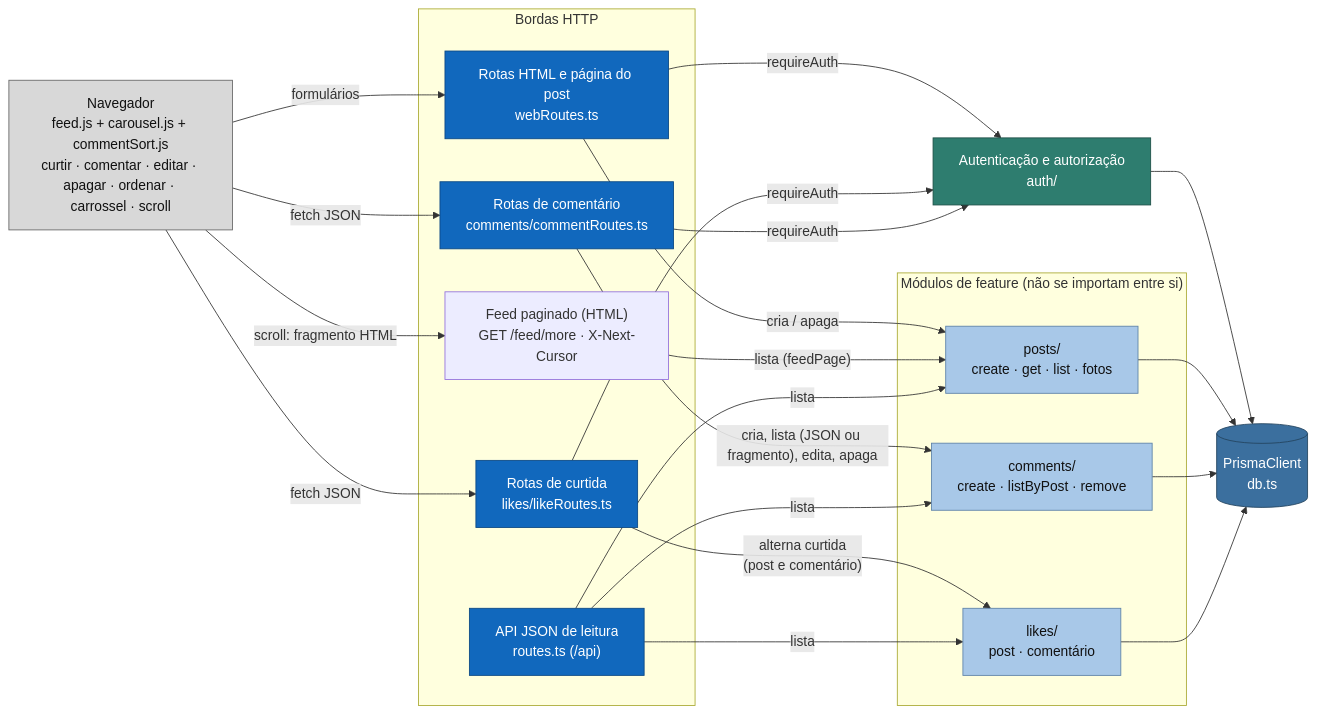
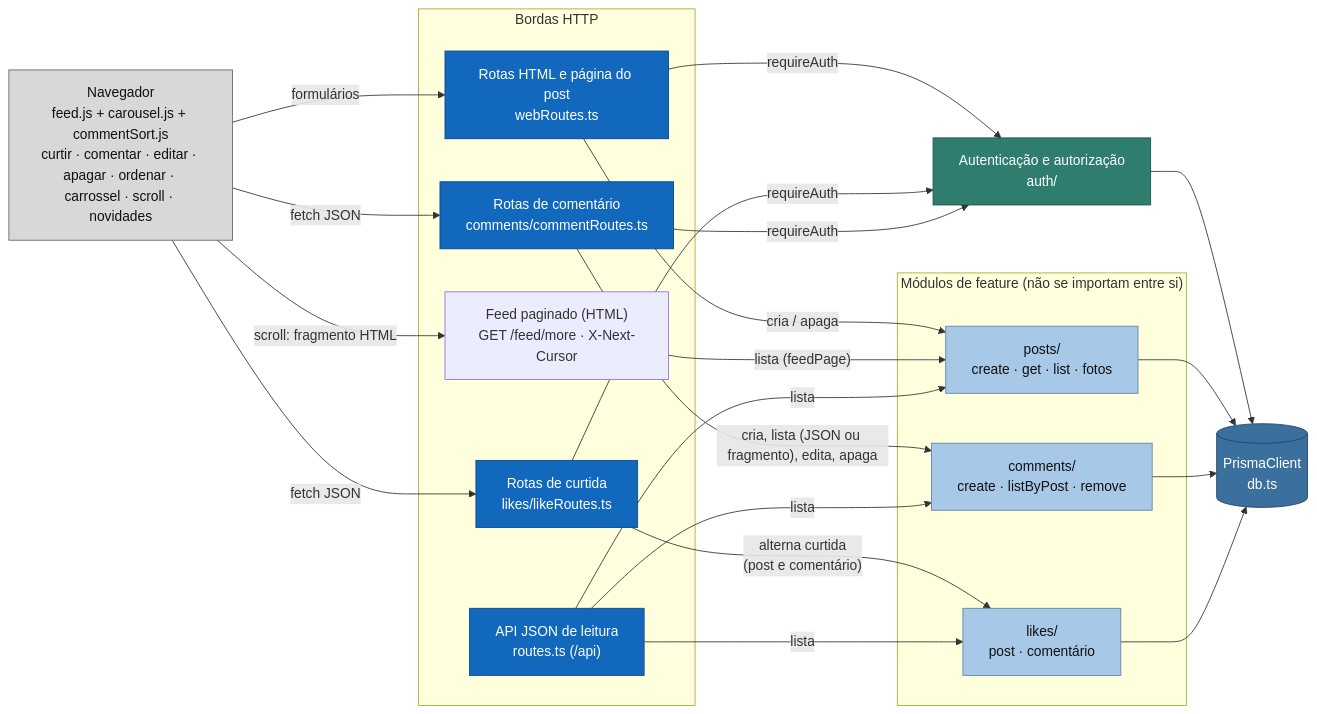
The third of 4 diagrams in docs/arquitetura/c4.md (robertoSilva-ux/redesocial), drawn with Mermaid before and after one commit. The commit also changed other lines of this file and 12 other files, not shown here.

````diff
--- a/docs/arquitetura/c4.md
+++ b/docs/arquitetura/c4.md
@@ -90,48 +90,48 @@
 ```mermaid
 flowchart LR
-  nav["Navegador<br/>feed.js + carousel.js + commentSort.js<br/>curtir · comentar · editar · apagar · ordenar · carrossel · scroll"]:::externo
+  nav["Navegador<br/>feed.js + carousel.js + commentSort.js<br/>curtir · comentar · editar · apagar · ordenar · carrossel · scroll · novidades"]:::externo
 
   subgraph bordas["Bordas HTTP"]
     web["Rotas HTML e página do post<br/>webRoutes.ts"]
     inter["Rotas de curtida<br/>likes/likeRoutes.ts"]
     com["Rotas de comentário<br/>comments/commentRoutes.ts"]:::borda
     api["API JSON de leitura<br/>routes.ts (/api)"]
     mais["Feed paginado (HTML)<br/>GET /feed/more · X-Next-Cursor"]
   end
 
   subgraph modulos["Módulos de feature (não se importam entre si)"]
     posts["posts/<br/>create · get · list · fotos"]
     comments["comments/<br/>create · listByPost · remove"]
     likes["likes/<br/>post · comentário"]
   end
 
   auth["Autenticação e autorização<br/>auth/"]:::transversal
   db[("PrismaClient<br/>db.ts")]:::dados
 
   nav -->|"formulários"| web
   nav -->|"fetch JSON"| inter
   nav -->|"fetch JSON"| com
   nav -->|"scroll: fragmento HTML"| mais
   web -->|"requireAuth"| auth
   inter -->|"requireAuth"| auth
   com -->|"requireAuth"| auth
   web -->|"cria / apaga"| posts
   inter -->|"alterna curtida<br/>(post e comentário)"| likes
   com -->|"cria, lista (JSON ou fragmento), edita, apaga"| comments
   mais -->|"lista (feedPage)"| posts
   api -->|"lista"| posts
   api -->|"lista"| comments
   api -->|"lista"| likes
   auth --> db
   posts --> db
   comments --> db
   likes --> db
 
   classDef externo fill:#d8d8d8,stroke:#666,color:#111
   classDef borda fill:#1168bd,stroke:#0b4884,color:#fff
   classDef modulo fill:#a8c8e8,stroke:#5d82a8,color:#111
   classDef transversal fill:#2e7d6f,stroke:#1d4f46,color:#fff
   classDef dados fill:#3b6f9e,stroke:#24445f,color:#fff
   class web,inter,api borda
   class posts,comments,likes modulo
 ```
````
